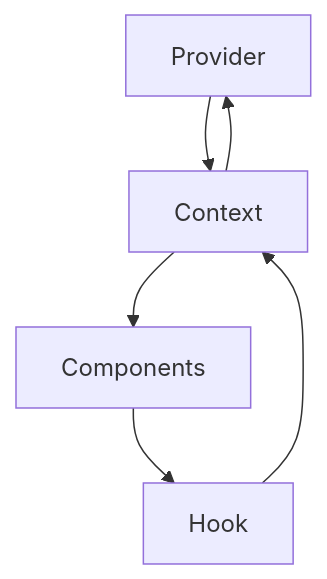
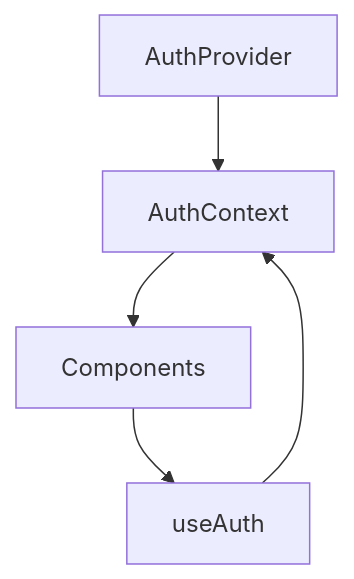
Before and after one commit to MagRelo/cut: the third of 3 diagrams in spec/client/state-management.md, drawn with Mermaid. The commit also changed other lines of this file and 62 other files, not shown here.

````diff
--- a/spec/client/state-management.md
+++ b/spec/client/state-management.md
@@ -144,8 +143,7 @@
 ```mermaid
 graph TD
-    A[Provider] --> B[Context]
+    A[AuthProvider] --> B[AuthContext]
     B --> C[Components]
-    C --> D[Hook]
+    C --> D[useAuth]
     D --> B
-    B --> A
 ```
````
